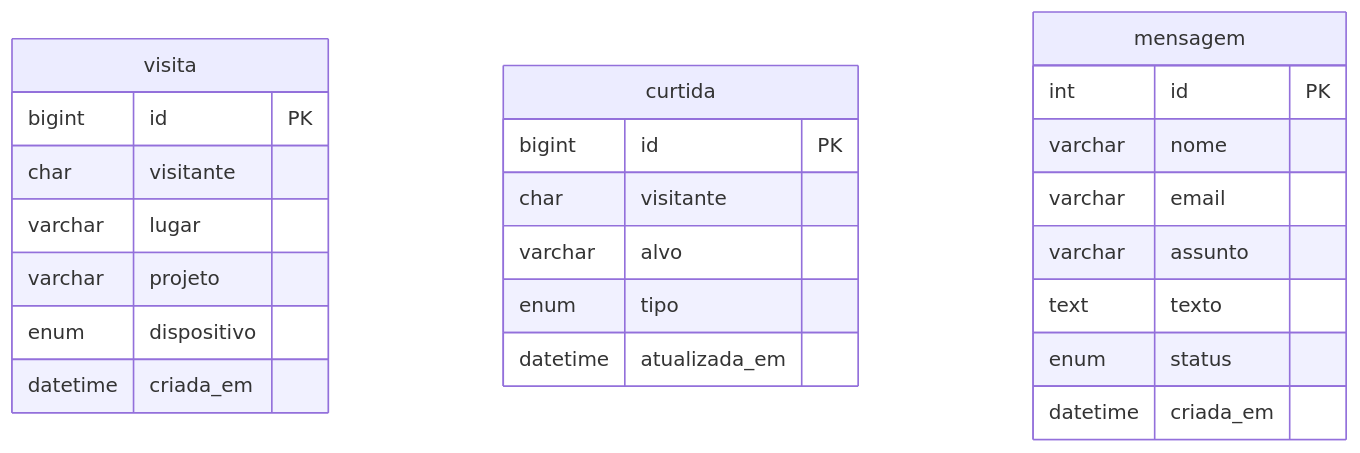
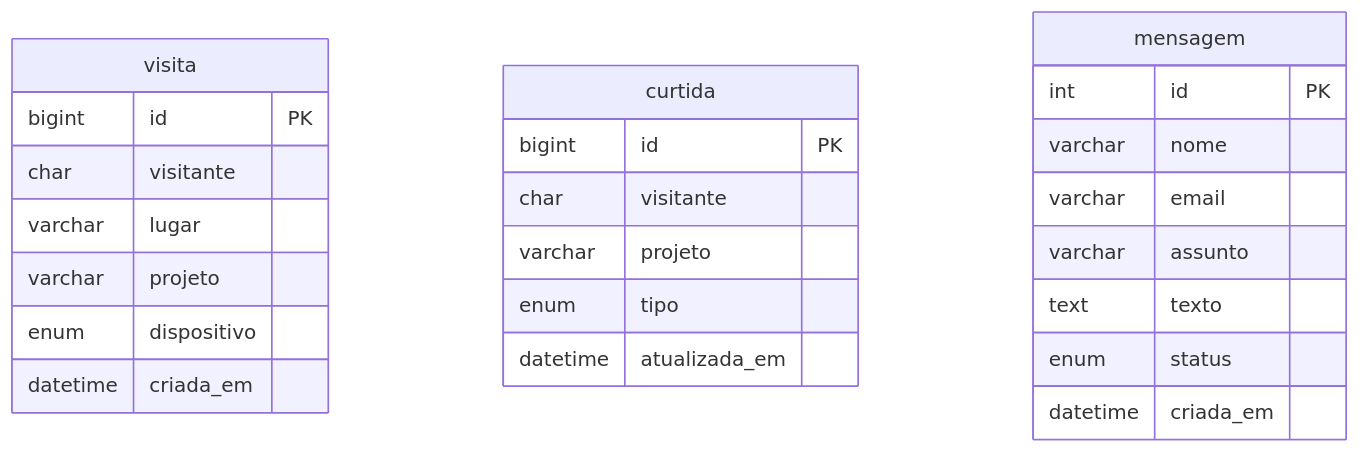
The diagram in docs/BANCO-DE-DADOS.md (GabriellaCunhaa/mundo-swarttz), drawn with Mermaid before and after one commit. The commit also changed other lines of this file and 8 other files, not shown here.

````diff
--- a/docs/BANCO-DE-DADOS.md
+++ b/docs/BANCO-DE-DADOS.md
@@ -78,27 +78,27 @@
 ```mermaid
 erDiagram
     visita {
         bigint id PK
         char visitante
         varchar lugar
         varchar projeto
         enum dispositivo
         datetime criada_em
     }
     curtida {
         bigint id PK
         char visitante
-        varchar alvo
+        varchar projeto
         enum tipo
         datetime atualizada_em
     }
     mensagem {
         int id PK
         varchar nome
         varchar email
         varchar assunto
         text texto
         enum status
         datetime criada_em
     }
 ```
````
